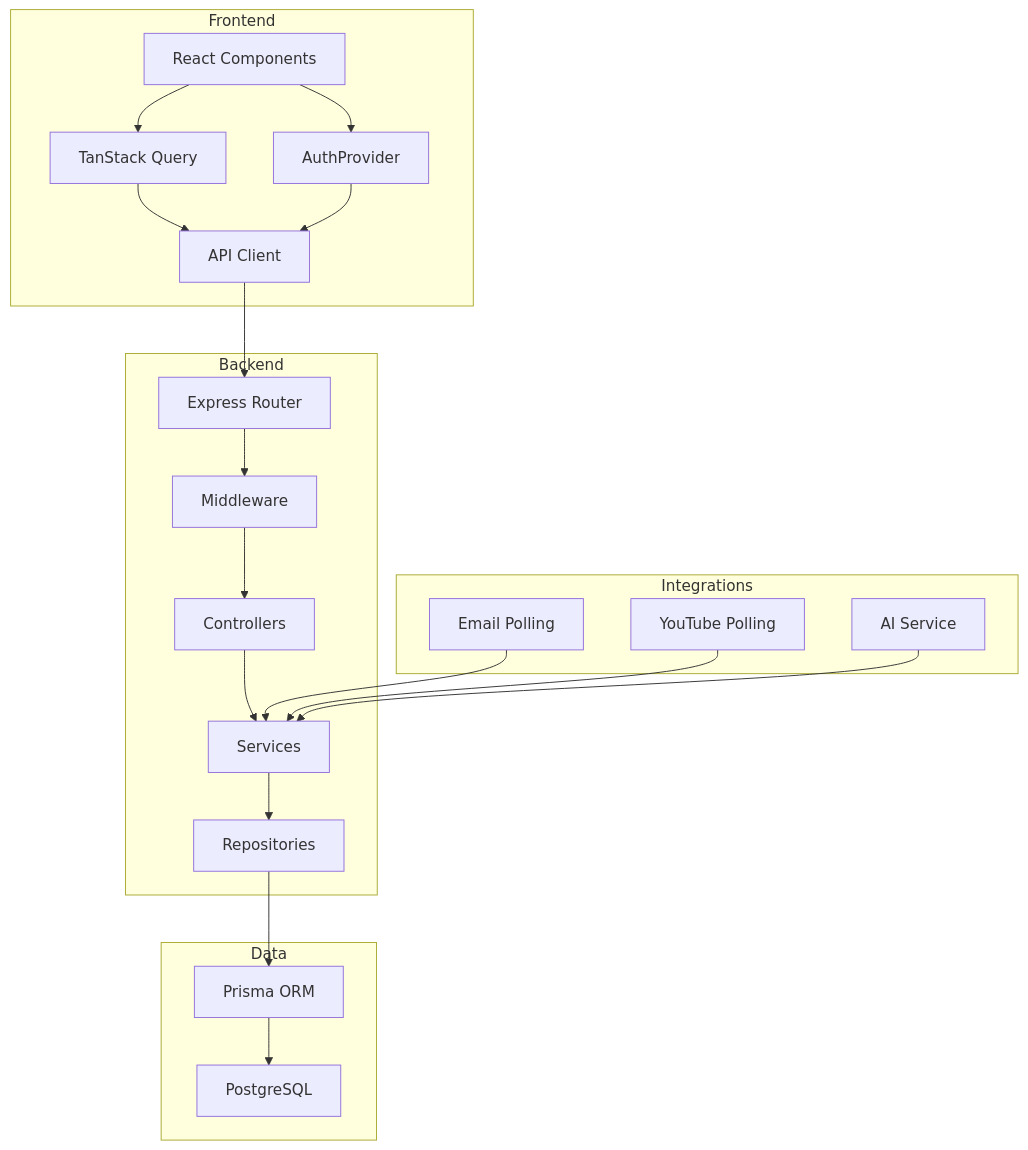
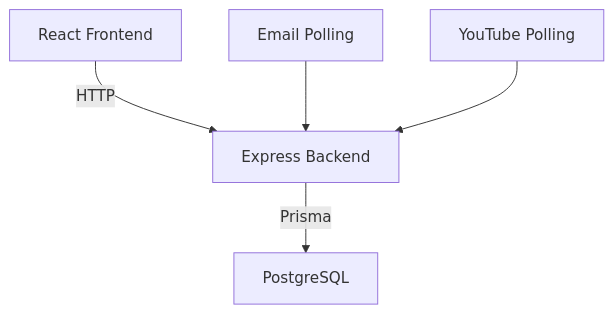
The third of 3 diagrams in README.md (SakshiP07/Customer-Complaint-Management), drawn with Mermaid before and after one commit. The commit also changed other lines of this file, not shown here.

Commit message:
docs: simplify LLD diagrams, remove ASCII versions

````diff
--- a/README.md
+++ b/README.md
@@ -239,44 +127,13 @@
 ```mermaid
 graph TB
-    subgraph Frontend
-        UI[React Components]
-        Auth[AuthProvider]
-        API[API Client]
-        Query[TanStack Query]
-    end
+    Frontend[React Frontend]
+    Backend[Express Backend]
+    DB[PostgreSQL]
+    Email[Email Polling]
+    YouTube[YouTube Polling]
 
-    subgraph Backend
-        Router[Express Router]
-        Controller[Controllers]
-        Service[Services]
-        Repo[Repositories]
-        Middleware[Middleware]
-    end
-
-    subgraph Data
-        Prisma[Prisma ORM]
-        PG[PostgreSQL]
-    end
-
-    subgraph Integrations
-        Email[Email Polling]
-        YouTube[YouTube Polling]
-        AI[AI Service]
-    end
-
-    UI --> Auth
-    UI --> Query
-    Query --> API
-    Auth --> API
-    API --> Router
-    Router --> Middleware
-    Middleware --> Controller
-    Controller --> Service
-    Service --> Repo
-    Repo --> Prisma
-    Prisma --> PG
-
-    Email --> Service
-    YouTube --> Service
-    AI --> Service
+    Frontend -->|HTTP| Backend
+    Backend -->|Prisma| DB
+    Email --> Backend
+    YouTube --> Backend
 ```
````
